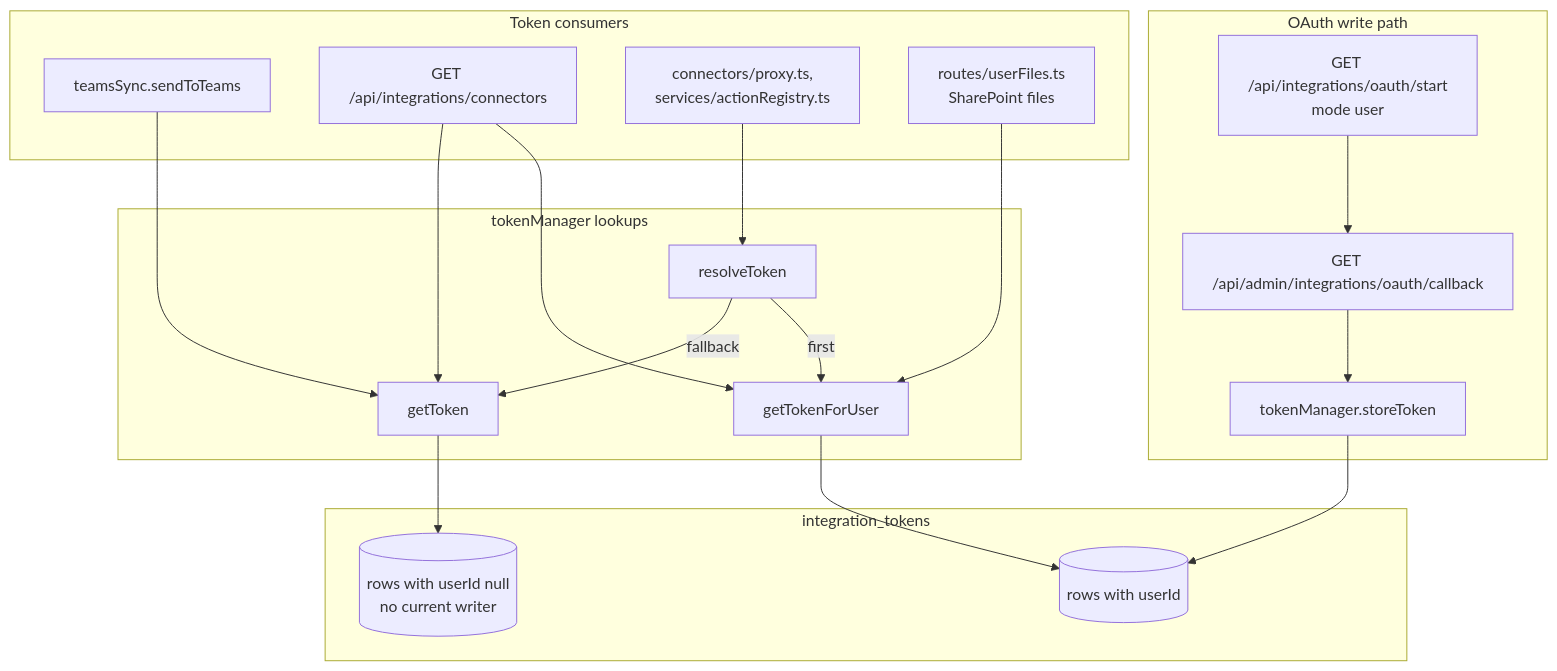
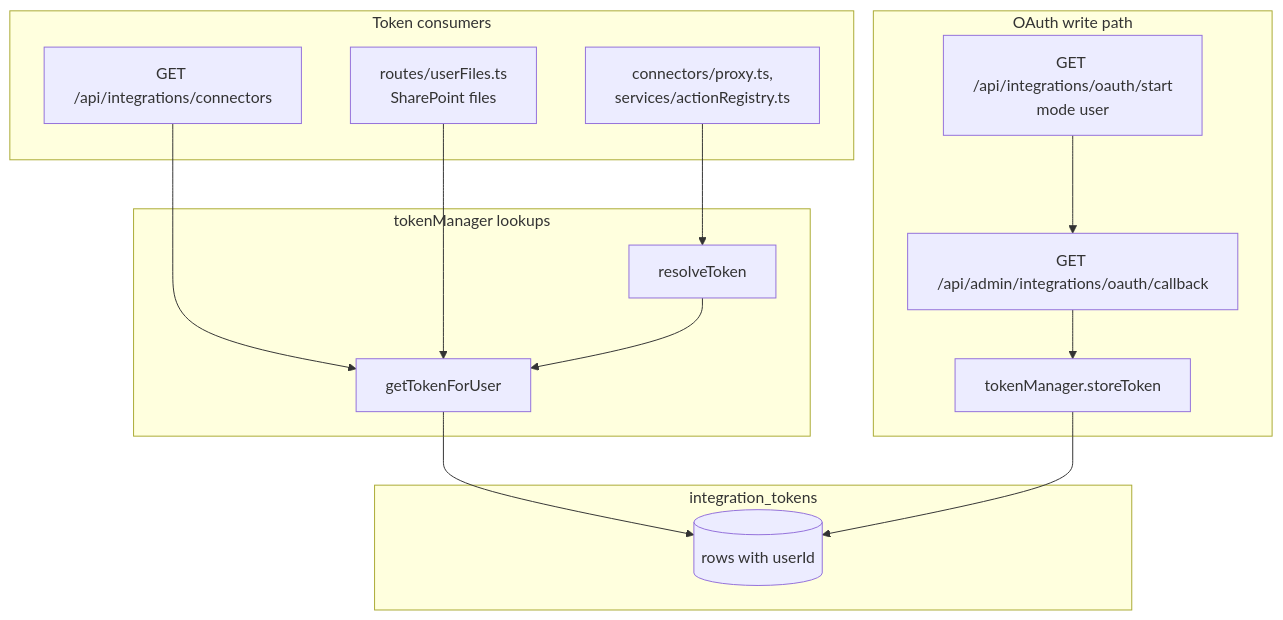
The diagram in docs/okf/integration-oauth-and-token-scopes.md (LanNguyenSi/triologue), drawn with Mermaid before and after one commit. The commit also changed other lines of this file and 53 other files, not shown here.

````diff
--- a/docs/okf/integration-oauth-and-token-scopes.md
+++ b/docs/okf/integration-oauth-and-token-scopes.md
@@ -61,32 +61,25 @@
 ```mermaid
 flowchart TD
   subgraph consumers["Token consumers"]
-    teams["teamsSync.sendToTeams"]
     list["GET /api/integrations/connectors"]
     proxy["connectors/proxy.ts,<br/>services/actionRegistry.ts"]
     files["routes/userFiles.ts<br/>SharePoint files"]
   end
   subgraph lookups["tokenManager lookups"]
-    gt["getToken"]
     rt["resolveToken"]
     gtu["getTokenForUser"]
   end
   subgraph rows["integration_tokens"]
-    tenant[("rows with userId null<br/>no current writer")]
     personal[("rows with userId")]
   end
   subgraph write["OAuth write path"]
     start["GET /api/integrations/oauth/start<br/>mode user"] --> cb["GET /api/admin/integrations/oauth/callback"]
     cb --> store["tokenManager.storeToken"]
   end
-  teams --> gt
-  list --> gt
   list --> gtu
   proxy --> rt
   files --> gtu
-  rt -->|fallback| gt
-  rt -->|first| gtu
-  gt --> tenant
+  rt --> gtu
   gtu --> personal
   store --> personal
 ```
````
